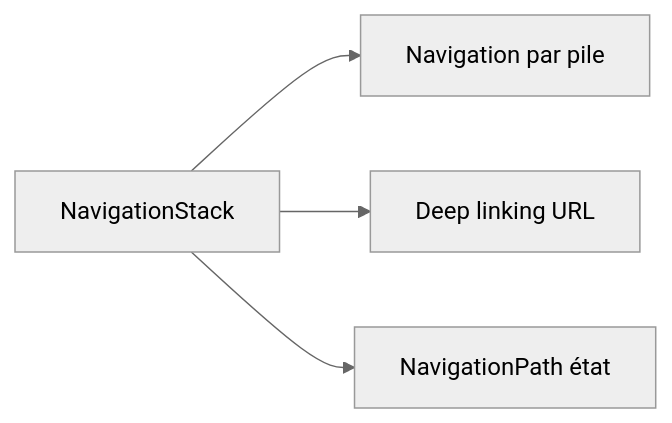
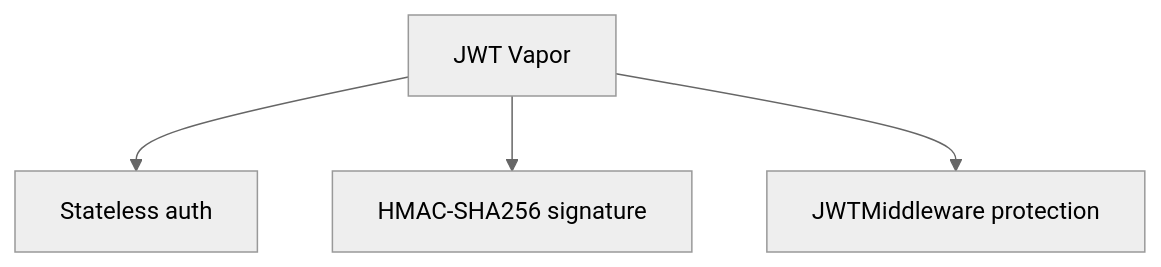
Before and after one commit to zyrass/omnydocs: diagram 18 of 45 in docs/glossaire/developpement-mobile.md, drawn with Mermaid (neutral theme). The commit also changed other lines of this file and 959 other files, not shown here.

````diff
--- a/docs/glossaire/developpement-mobile.md
+++ b/docs/glossaire/developpement-mobile.md
@@ -613,6 +649,6 @@
-    ```mermaid
-    graph LR
-        A[NavigationStack] --> B[Navigation par pile]
-        A --> C[Deep linking URL]
-        A --> D[NavigationPath état]
-    ```
+```mermaid
+flowchart TB
+    A["JWT Vapor"] --> B["Stateless auth"]
+    A --> C["HMAC-SHA256 signature"]
+    A --> D["JWTMiddleware protection"]
+```
````
